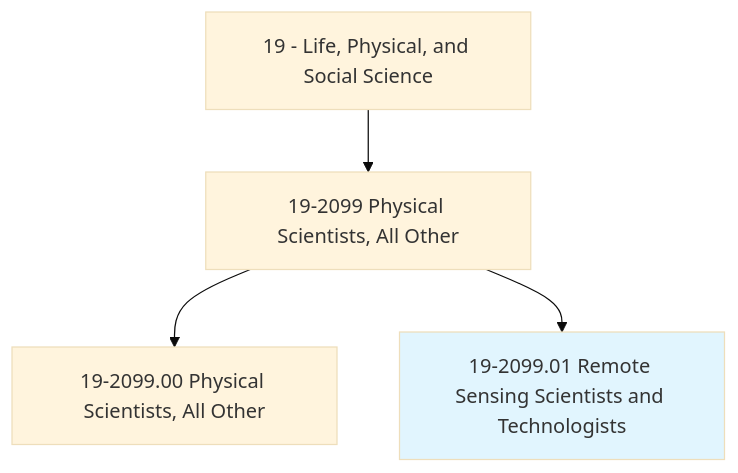
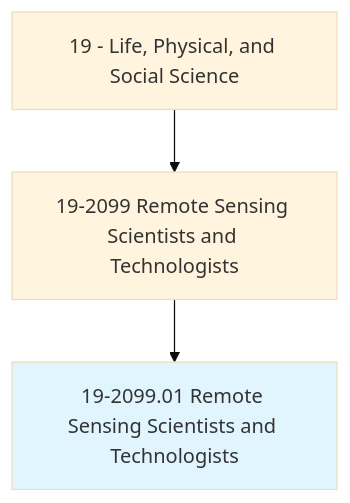
Before and after one commit to kziemski/business.org.ai: the first of 4 diagrams in occupations/Science/RemoteSensingScientistsAndTechnologists.mdx, drawn with Mermaid (base theme). The commit also changed other lines of this file and 938 other files, not shown here.

````diff
--- a/occupations/Science/RemoteSensingScientistsAndTechnologists.mdx
+++ b/occupations/Science/RemoteSensingScientistsAndTechnologists.mdx
@@ -19,7 +23,6 @@
 ```mermaid
 graph TD
-    Cat19["19 - Life, Physical, and Social Science"] --> Group192099["19-2099 Physical Scientists, All Other"]
-    Group192099 --> Base["19-2099.00 Physical Scientists, All Other"]
+    Cat19["19 - Life, Physical, and Social Science"] --> Group192099["19-2099 Remote Sensing Scientists and Technologists"]
     Group192099 --> Current["19-2099.01 Remote Sensing Scientists and Technologists"]
     style Current fill:#e1f5fe
 ```
````
